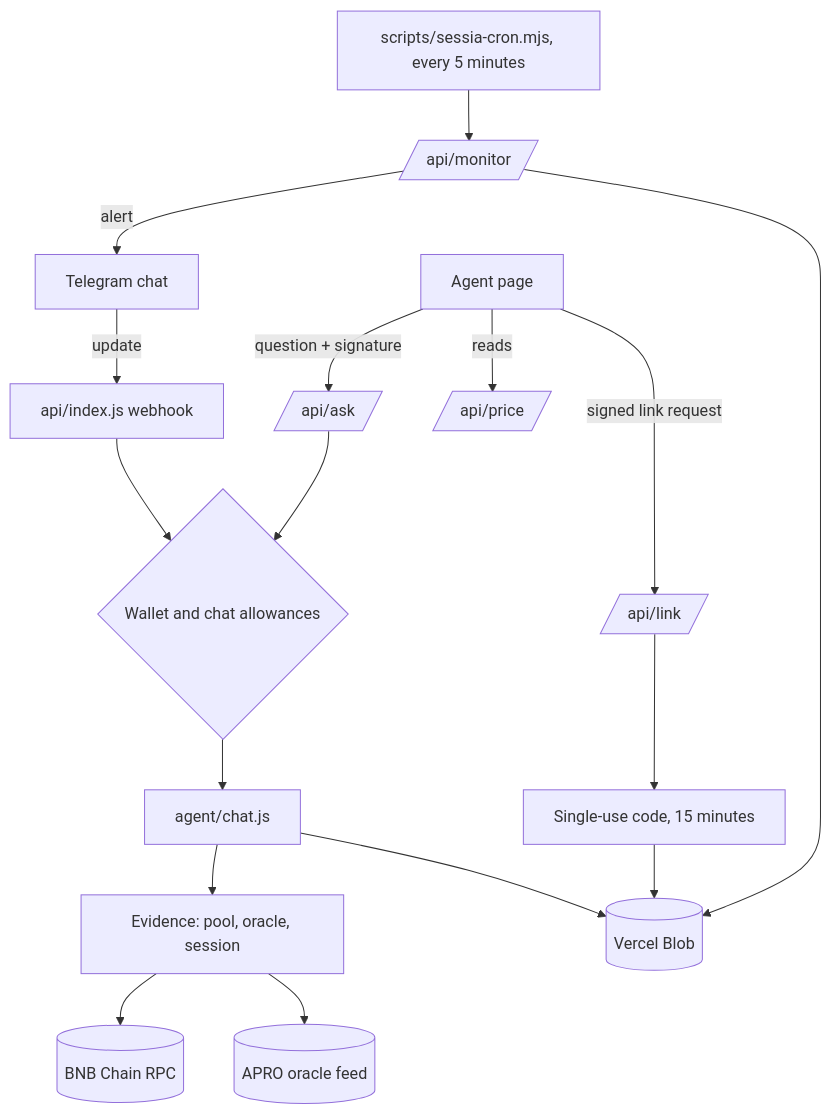
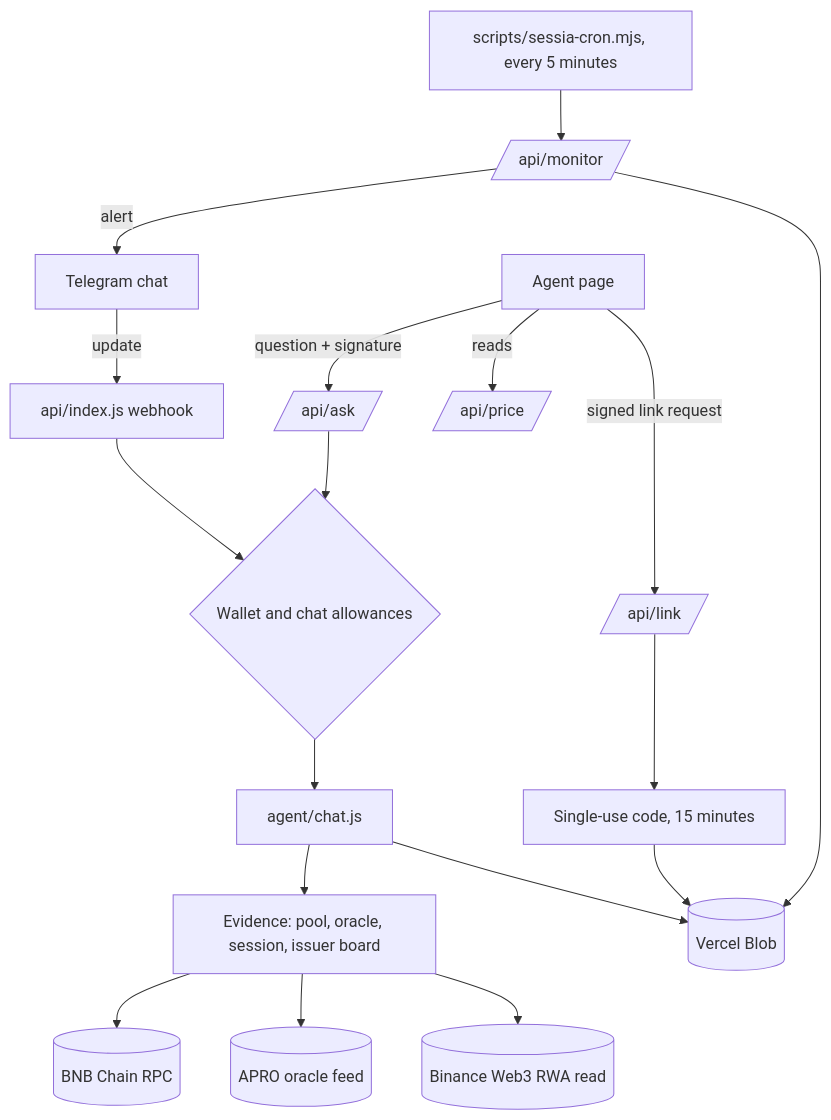
One commit to itachi-exe/sessia changed the diagram in README.md. Above: the diagram before and after it, drawn with Mermaid. The commit also changed other lines of this file and 22 other files, not shown here.

````diff
--- a/README.md
+++ b/README.md
@@ -112,19 +157,20 @@
 ```mermaid
 flowchart TB
   T[Telegram chat] -->|update| H[api/index.js webhook]
   P[Agent page] -->|question + signature| ASK[/api/ask/]
   P -->|reads| PRICE[/api/price/]
   P -->|signed link request| LINK[/api/link/]
   H --> GATE{Wallet and chat allowances}
   ASK --> GATE
   LINK --> CODE[Single-use code, 15 minutes]
   GATE --> CHAT[agent/chat.js]
-  CHAT --> EV[Evidence: pool, oracle, session]
+  CHAT --> EV[Evidence: pool, oracle, session, issuer board]
   EV --> RPC[(BNB Chain RPC)]
   EV --> ORACLE[(APRO oracle feed)]
+  EV --> BW3[(Binance Web3 RWA read)]
   CHAT --> STORE[(Vercel Blob)]
   CODE --> STORE
   CRON[scripts/sessia-cron.mjs, every 5 minutes] --> MON[/api/monitor/]
   MON --> STORE
   MON -->|alert| T
 ```
````
